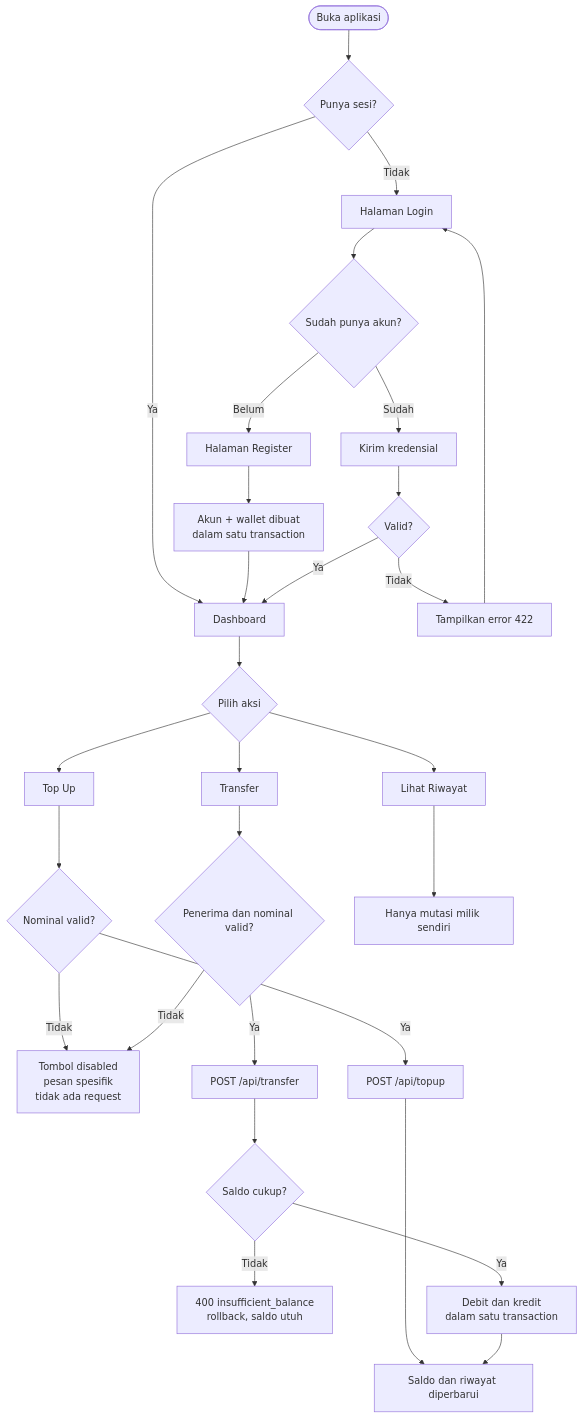
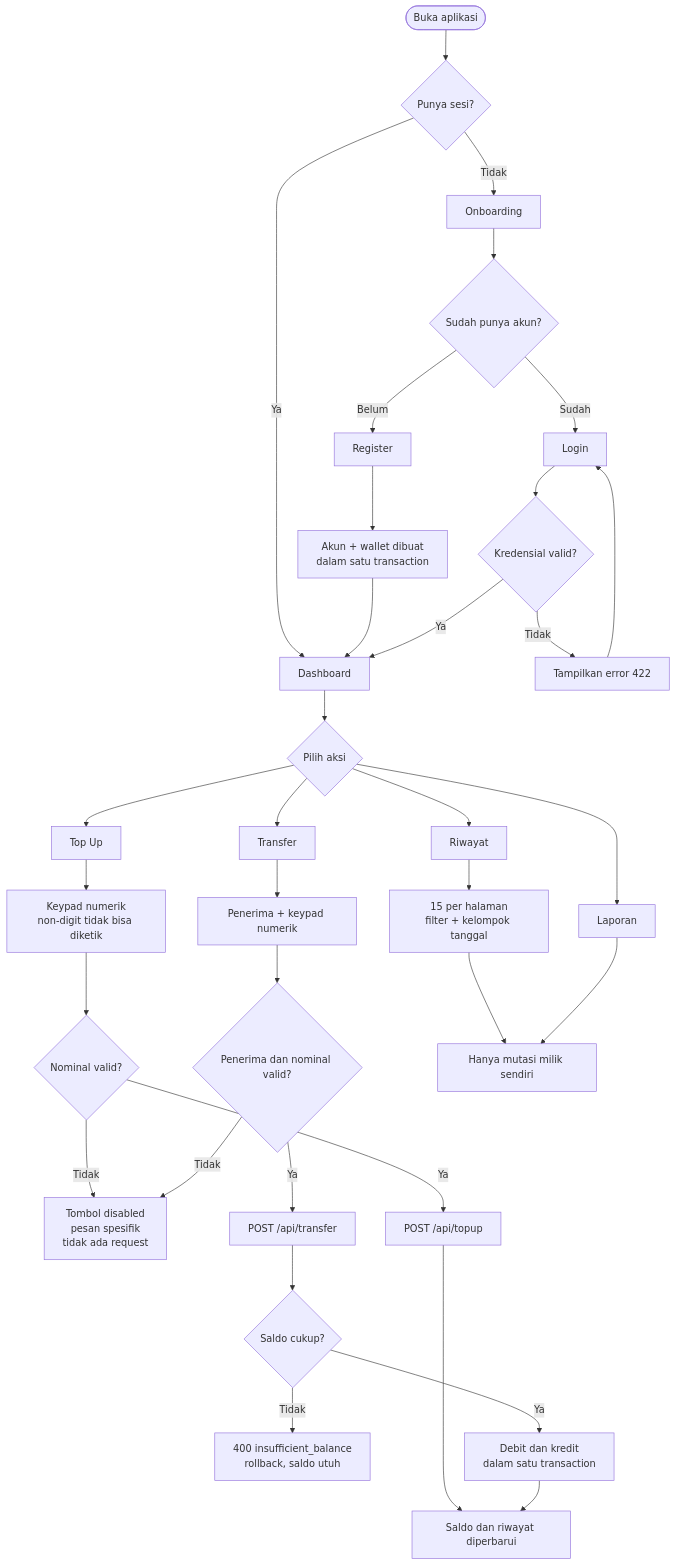
One commit to AzerothGT/miniwallet changed the second of 2 diagrams in README.md. Above: the diagram before and after it, drawn with Mermaid. The commit also changed other lines of this file and 1 other file, not shown here.

Commit message:
Document the redesign, history screen and Quick Send
Records the reasoning behind the choices that differ from the reference:
a keypad instead of a text input, bars instead of a spline, and a report
derived from data already fetched rather than an invented endpoint.

````diff
--- a/README.md
+++ b/README.md
@@ -48,36 +50,41 @@
 ```mermaid
 flowchart TD
     Start([Buka aplikasi]) --> Check{Punya sesi?}
-    Check -->|Tidak| Login[Halaman Login]
+    Check -->|Tidak| Onboard[Onboarding]
     Check -->|Ya| Dash[Dashboard]
 
-    Login --> HasAcc{Sudah punya akun?}
-    HasAcc -->|Belum| Reg[Halaman Register]
+    Onboard --> HasAcc{Sudah punya akun?}
+    HasAcc -->|Belum| Reg[Register]
     Reg --> Created[Akun + wallet dibuat<br/>dalam satu transaction]
     Created --> Dash
-    HasAcc -->|Sudah| Auth[Kirim kredensial]
-    Auth --> Valid{Valid?}
+    HasAcc -->|Sudah| Login[Login]
+    Login --> Valid{Kredensial valid?}
     Valid -->|Tidak| LoginErr[Tampilkan error 422]
     LoginErr --> Login
     Valid -->|Ya| Dash
 
     Dash --> Action{Pilih aksi}
     Action --> Topup[Top Up]
     Action --> Transfer[Transfer]
-    Action --> History[Lihat Riwayat]
+    Action --> Hist[Riwayat]
+    Action --> Report[Laporan]
 
-    Topup --> ValidAmt{Nominal valid?}
+    Topup --> Pad1[Keypad numerik<br/>non-digit tidak bisa diketik]
+    Pad1 --> ValidAmt{Nominal valid?}
     ValidAmt -->|Tidak| AmtErr[Tombol disabled<br/>pesan spesifik<br/>tidak ada request]
     ValidAmt -->|Ya| DoTopup[POST /api/topup]
     DoTopup --> Refresh[Saldo dan riwayat diperbarui]
 
-    Transfer --> ValidTf{Penerima dan nominal valid?}
+    Transfer --> Pad2[Penerima + keypad numerik]
+    Pad2 --> ValidTf{Penerima dan nominal valid?}
     ValidTf -->|Tidak| AmtErr
     ValidTf -->|Ya| DoTf[POST /api/transfer]
     DoTf --> Enough{Saldo cukup?}
     Enough -->|Tidak| Insuf[400 insufficient_balance<br/>rollback, saldo utuh]
     Enough -->|Ya| Commit[Debit dan kredit<br/>dalam satu transaction]
     Commit --> Refresh
 
-    History --> Scoped[Hanya mutasi milik sendiri]
+    Hist --> Paged[15 per halaman<br/>filter + kelompok tanggal]
+    Paged --> Scoped[Hanya mutasi milik sendiri]
+    Report --> Scoped
 ```
````
